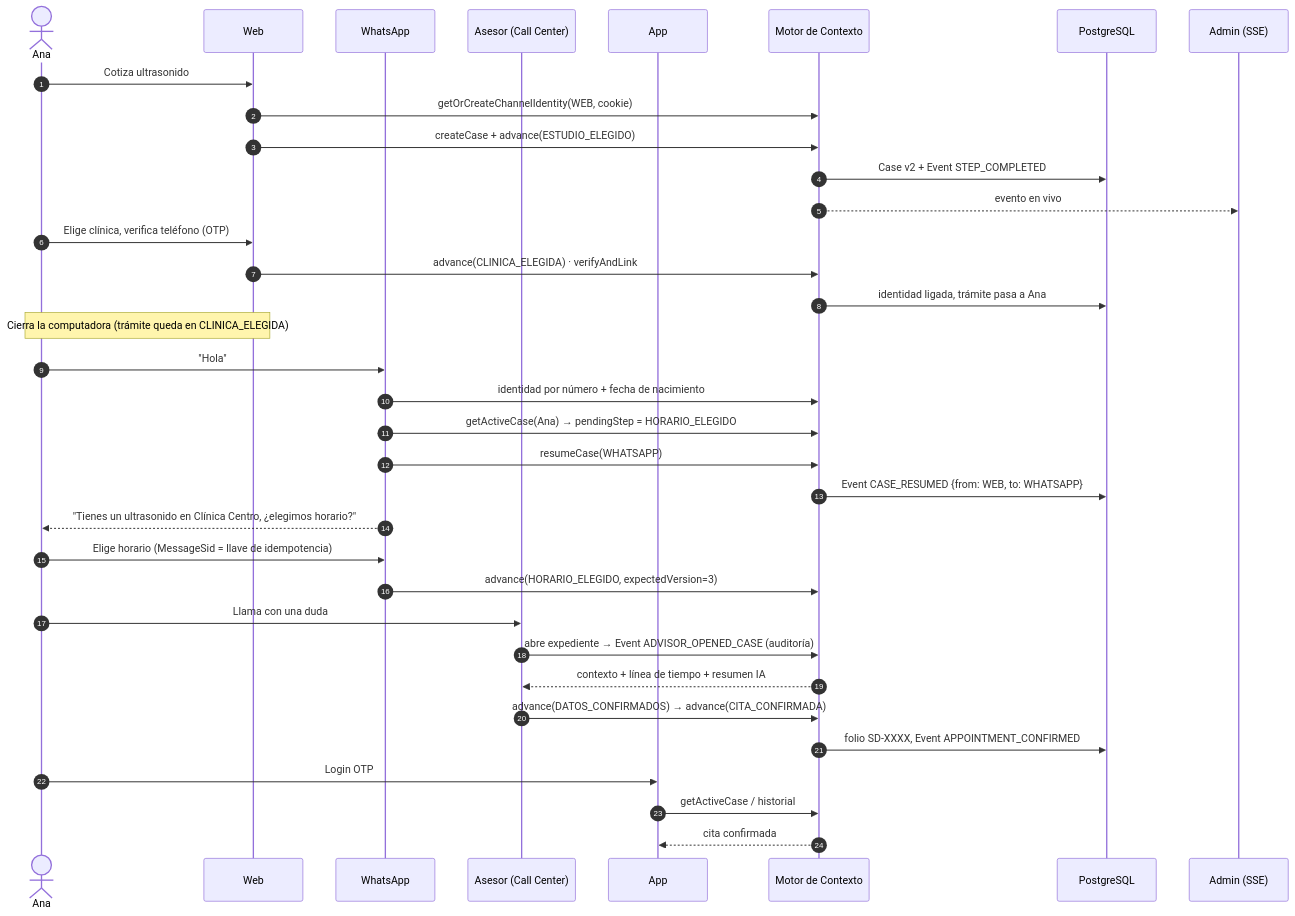
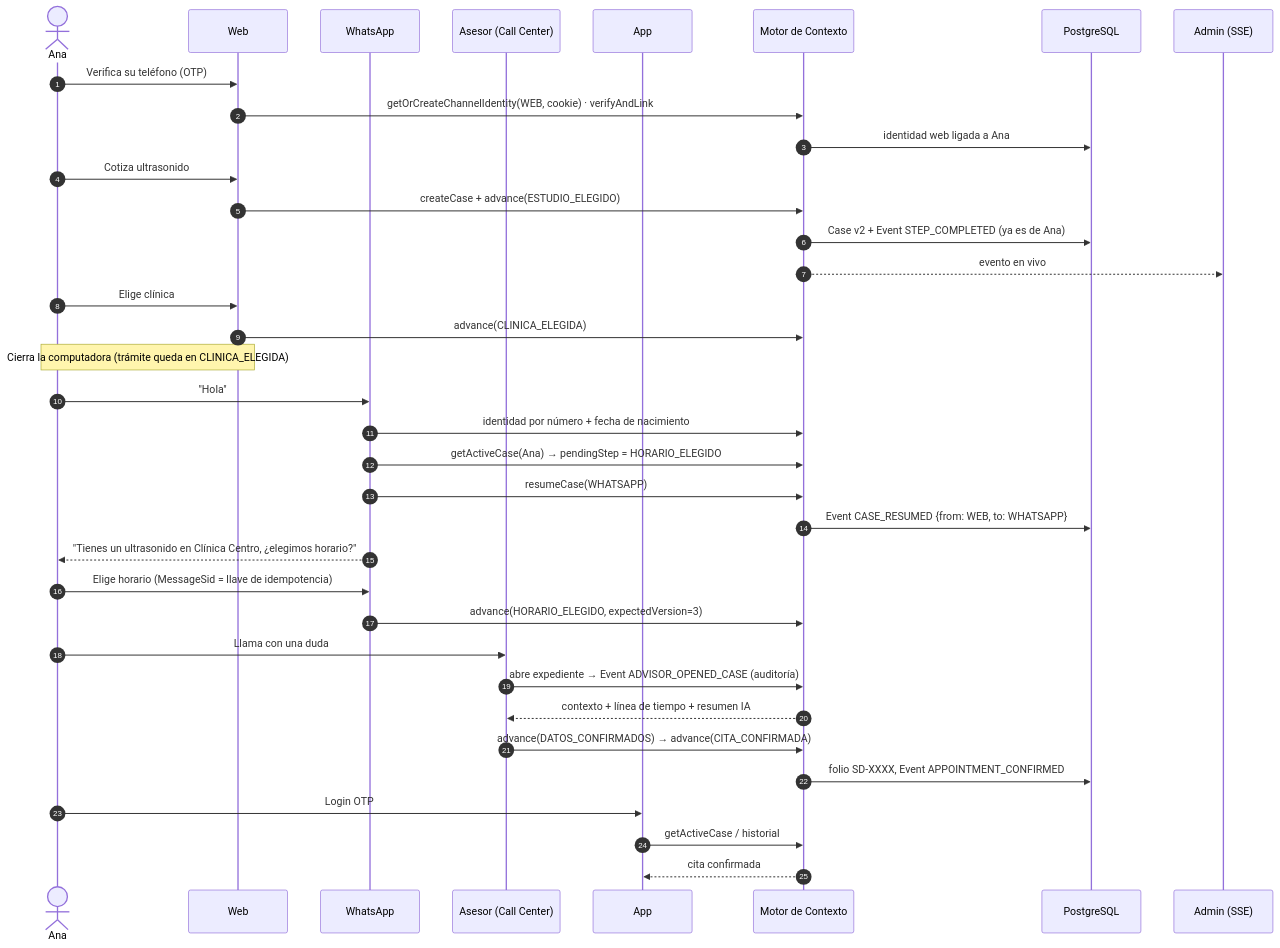
One commit to fknchris02/SaludDigna changed the diagram in docs/secuencia.md. Above: the diagram before and after it, drawn with Mermaid. The commit also changed 7 other files, not shown here.

First line of the commit message:
WhatsApp se pone al día con otros canales y la web pide el teléfono primero

````diff
--- a/docs/secuencia.md
+++ b/docs/secuencia.md
@@ -3,41 +3,42 @@
 ```mermaid
 sequenceDiagram
   autonumber
   actor Ana
   participant W as Web
   participant WA as WhatsApp
   participant CC as Asesor (Call Center)
   participant APP as App
   participant M as Motor de Contexto
   participant DB as PostgreSQL
   participant A as Admin (SSE)
 
+  Ana->>W: Verifica su teléfono (OTP)
+  W->>M: getOrCreateChannelIdentity(WEB, cookie) · verifyAndLink
+  M->>DB: identidad web ligada a Ana
   Ana->>W: Cotiza ultrasonido
-  W->>M: getOrCreateChannelIdentity(WEB, cookie)
   W->>M: createCase + advance(ESTUDIO_ELEGIDO)
-  M->>DB: Case v2 + Event STEP_COMPLETED
+  M->>DB: Case v2 + Event STEP_COMPLETED (ya es de Ana)
   M-->>A: evento en vivo
-  Ana->>W: Elige clínica, verifica teléfono (OTP)
-  W->>M: advance(CLINICA_ELEGIDA) · verifyAndLink
-  M->>DB: identidad ligada, trámite pasa a Ana
+  Ana->>W: Elige clínica
+  W->>M: advance(CLINICA_ELEGIDA)
   Note over Ana,W: Cierra la computadora (trámite queda en CLINICA_ELEGIDA)
 
   Ana->>WA: "Hola"
   WA->>M: identidad por número + fecha de nacimiento
   WA->>M: getActiveCase(Ana) → pendingStep = HORARIO_ELEGIDO
   WA->>M: resumeCase(WHATSAPP)
   M->>DB: Event CASE_RESUMED {from: WEB, to: WHATSAPP}
   WA-->>Ana: "Tienes un ultrasonido en Clínica Centro, ¿elegimos horario?"
   Ana->>WA: Elige horario (MessageSid = llave de idempotencia)
   WA->>M: advance(HORARIO_ELEGIDO, expectedVersion=3)
 
   Ana->>CC: Llama con una duda
   CC->>M: abre expediente → Event ADVISOR_OPENED_CASE (auditoría)
   M-->>CC: contexto + línea de tiempo + resumen IA
   CC->>M: advance(DATOS_CONFIRMADOS) → advance(CITA_CONFIRMADA)
   M->>DB: folio SD-XXXX, Event APPOINTMENT_CONFIRMED
 
   Ana->>APP: Login OTP
   APP->>M: getActiveCase / historial
   M-->>APP: cita confirmada
 ```
````
